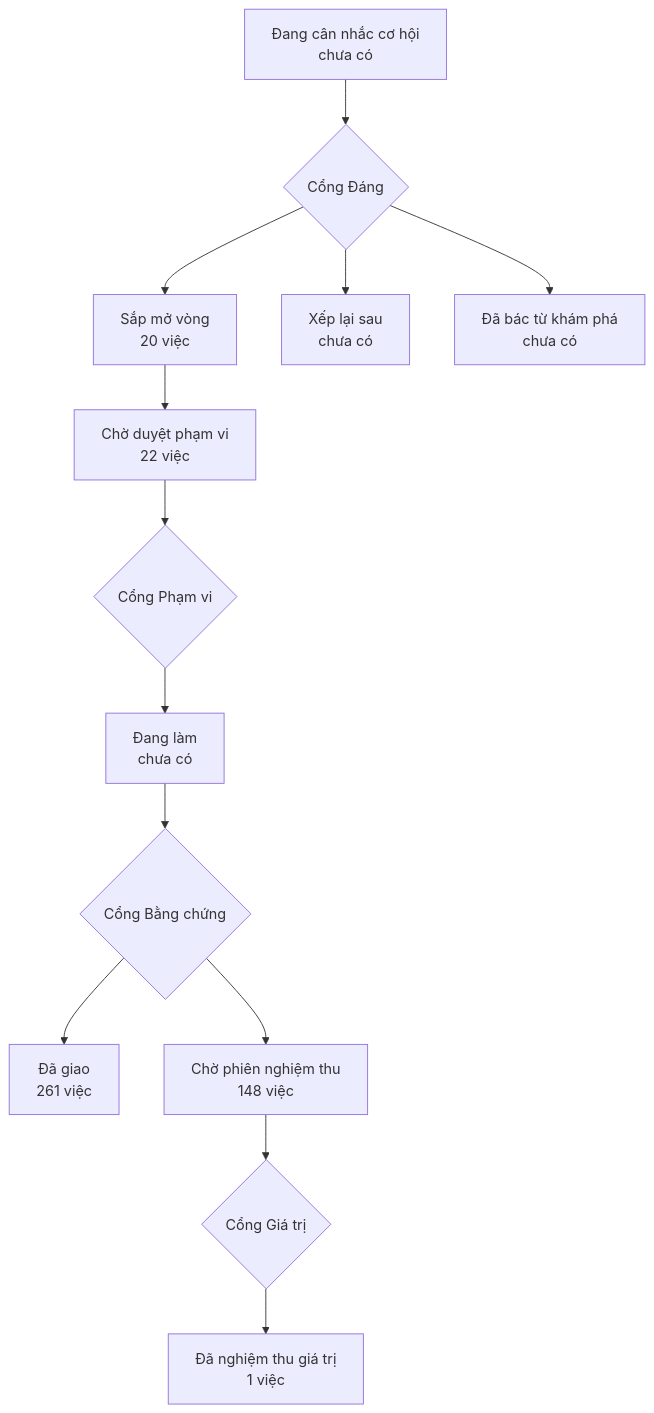
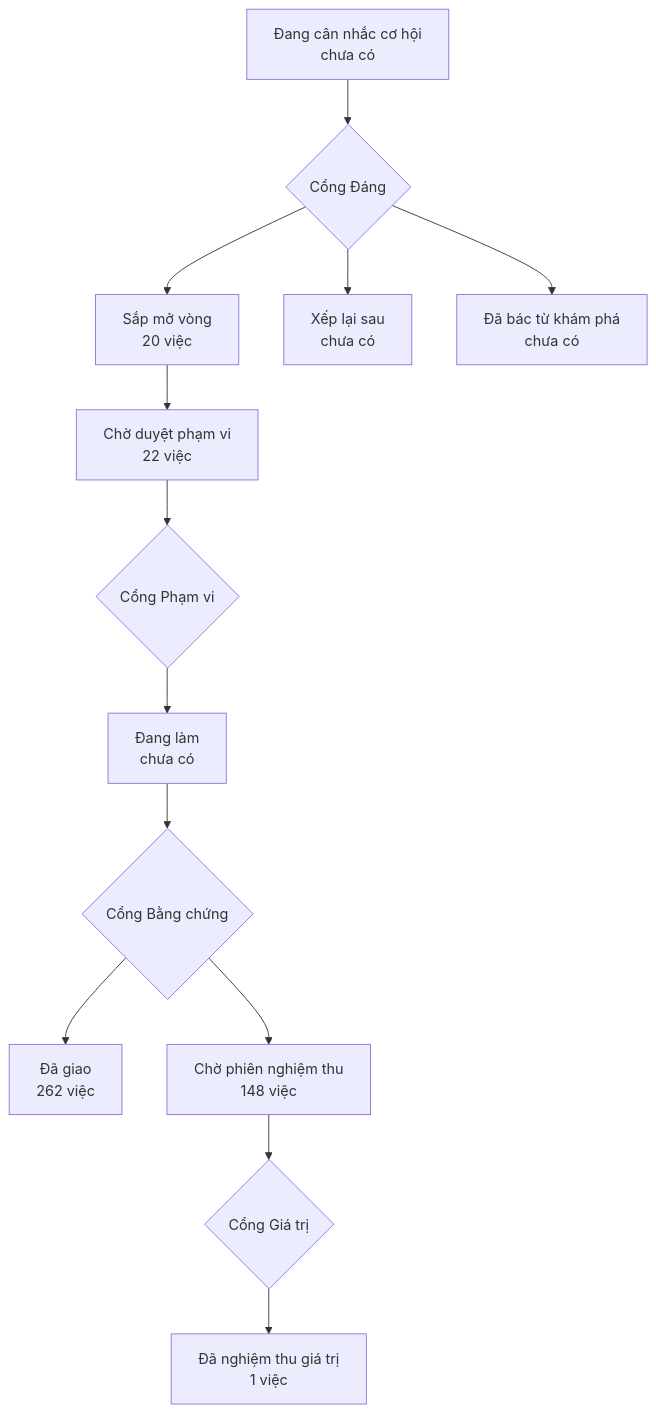
The diagram in PRODUCT-MAP.md (phanlemanh/onehub-invest), drawn with Mermaid before and after one commit. The commit also changed other lines of this file and 1 other file, not shown here.

Commit message:
chore(map): sinh lại PRODUCT-MAP, LO-TRINH sau gộp main (ghi-tam-do-sau-co-han)

````diff
--- a/PRODUCT-MAP.md
+++ b/PRODUCT-MAP.md
@@ -7,12 +7,12 @@
 ```mermaid
 flowchart TD
   A["Đang cân nhắc cơ hội<br/>chưa có"] --> GD{"Cổng Đáng"}
   GD --> B["Sắp mở vòng<br/>20 việc"]
   GD --> XL["Xếp lại sau<br/>chưa có"]
   GD --> DB["Đã bác từ khám phá<br/>chưa có"]
   B --> CD["Chờ duyệt phạm vi<br/>22 việc"] --> GP{"Cổng Phạm vi"}
   GP --> DL["Đang làm<br/>chưa có"] --> GB{"Cổng Bằng chứng"}
-  GB --> DG["Đã giao<br/>261 việc"]
+  GB --> DG["Đã giao<br/>262 việc"]
   GB --> CN["Chờ phiên nghiệm thu<br/>148 việc"] --> GG{"Cổng Giá trị"}
   GG --> NT["Đã nghiệm thu giá trị<br/>1 việc"]
 ```
````
